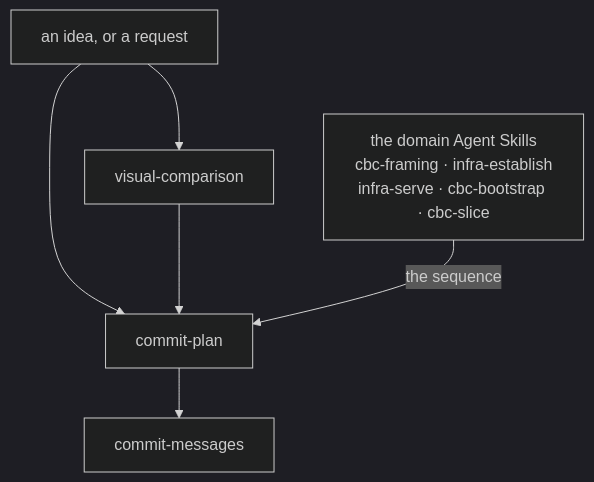
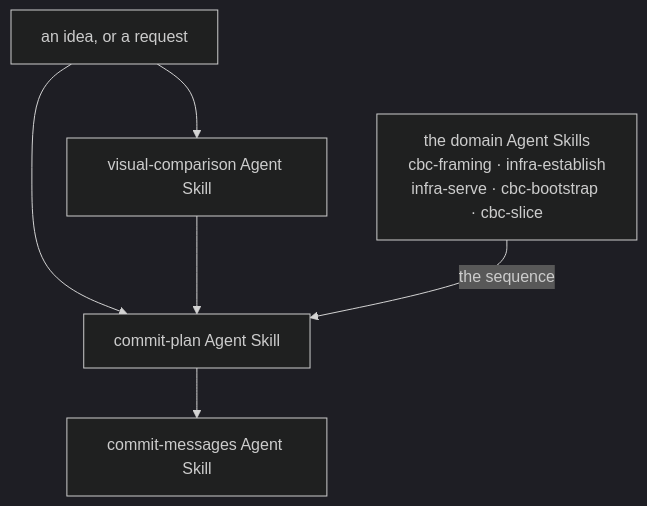
The diagram in docs/conventions/README.md (edgaras87/correctness-by-construction), drawn with Mermaid (dark theme) before and after one commit. The commit also changed other lines of this file and 5 other files, not shown here.

````diff
--- a/docs/conventions/README.md
+++ b/docs/conventions/README.md
@@ -17,14 +17,14 @@
 ```mermaid
 flowchart TB
     idea["an idea, or a request"]
-    vc["visual-comparison"]
-    cp["commit-plan"]
-    cm["commit-messages"]
+    vc["visual-comparison Agent Skill"]
+    cp["commit-plan Agent Skill"]
+    cm["commit-messages Agent Skill"]
     dom["the domain Agent Skills<br/>cbc-framing · infra-establish<br/>infra-serve · cbc-bootstrap · cbc-slice"]
 
     idea --> vc
     idea --> cp
     vc --> cp
     dom -- "the sequence" --> cp
     cp --> cm
 ```
````
